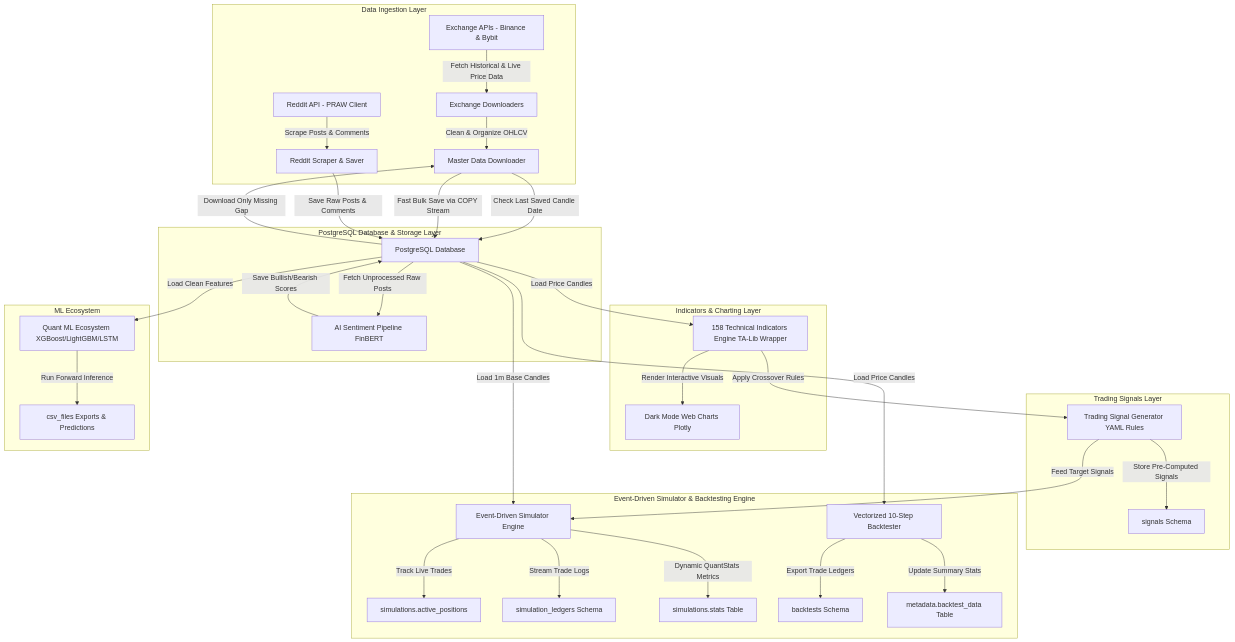
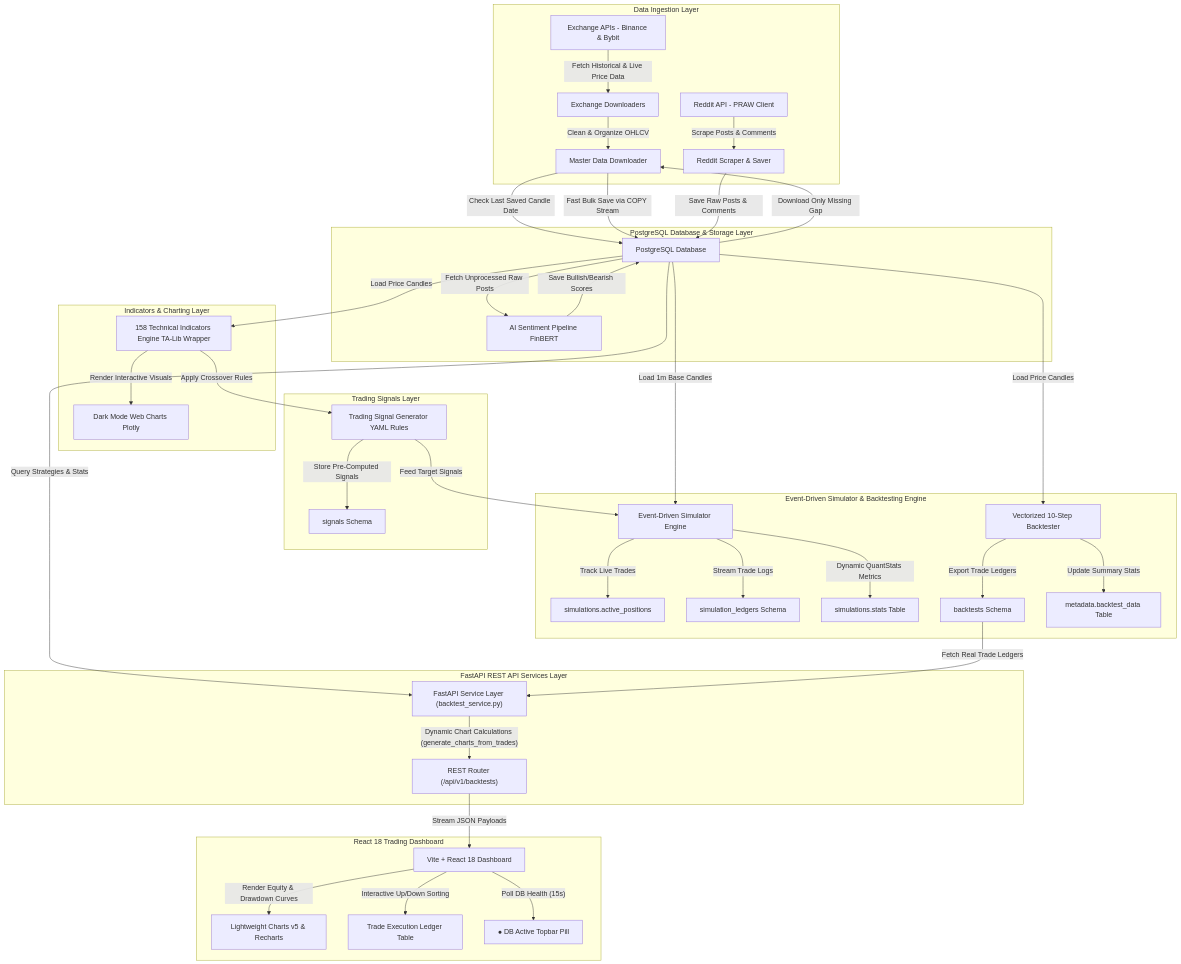
The diagram in README.md (21Afnan/cryptosight), drawn with Mermaid before and after one commit. The commit also changed other lines of this file and 1 other file, not shown here.

````diff
--- a/README.md
+++ b/README.md
@@ -50,45 +52,53 @@
 ```mermaid
 graph TD
     subgraph Data_Ingestion["Data Ingestion Layer"]
         API["Exchange APIs - Binance & Bybit"] -->|"Fetch Historical & Live Price Data"| Fetcher["Exchange Downloaders"]
         Fetcher -->|"Clean & Organize OHLCV"| Facade["Master Data Downloader"]
         Reddit["Reddit API - PRAW Client"] -->|"Scrape Posts & Comments"| RedditScraper["Reddit Scraper & Saver"]
     end
 
     subgraph Database_Layer["PostgreSQL Database & Storage Layer"]
         Facade -->|"Check Last Saved Candle Date"| SQL_Check["PostgreSQL Database"]
         SQL_Check -->|"Download Only Missing Gap"| Facade
         Facade -->|"Fast Bulk Save via COPY Stream"| SQL_Check
         
         RedditScraper -->|"Save Raw Posts & Comments"| SQL_Check
         SQL_Check -->|"Fetch Unprocessed Raw Posts"| AI_Sentiment["AI Sentiment Pipeline FinBERT"]
         AI_Sentiment -->|"Save Bullish/Bearish Scores"| SQL_Check
     end
 
     subgraph Indicators_Layer["Indicators & Charting Layer"]
         SQL_Check -->|"Load Price Candles"| Engine["158 Technical Indicators Engine TA-Lib Wrapper"]
         Engine -->|"Render Interactive Visuals"| Dashboard["Dark Mode Web Charts Plotly"]
     end
 
     subgraph Signals_Layer["Trading Signals Layer"]
         Engine -->|"Apply Crossover Rules"| Signals["Trading Signal Generator YAML Rules"]
         Signals -->|"Store Pre-Computed Signals"| SQL_Signals["signals Schema"]
     end
 
     subgraph Simulation_Layer["Event-Driven Simulator & Backtesting Engine"]
         SQL_Check -->|"Load 1m Base Candles"| Simulator["Event-Driven Simulator Engine"]
         Signals -->|"Feed Target Signals"| Simulator
         Simulator -->|"Track Live Trades"| ActivePos["simulations.active_positions"]
         Simulator -->|"Stream Trade Logs"| Ledgers["simulation_ledgers Schema"]
         Simulator -->|"Dynamic QuantStats Metrics"| StatsTable["simulations.stats Table"]
         
         SQL_Check -->|"Load Price Candles"| Backtester["Vectorized 10-Step Backtester"]
         Backtester -->|"Export Trade Ledgers"| SQL_Backtests["backtests Schema"]
         Backtester -->|"Update Summary Stats"| SQL_BacktestData["metadata.backtest_data Table"]
     end
 
-    subgraph Machine_Learning_Layer["ML Ecosystem"]
-        SQL_Check -->|"Load Clean Features"| ML_Engine["Quant ML Ecosystem XGBoost/LightGBM/LSTM"]
-        ML_Engine -->|"Run Forward Inference"| ML_Predictions["csv_files Exports & Predictions"]
+    subgraph Backend_Services_Layer["FastAPI REST API Services Layer"]
+        SQL_Check -->|"Query Strategies & Stats"| FastAPI["FastAPI Service Layer (backtest_service.py)"]
+        SQL_Backtests -->|"Fetch Real Trade Ledgers"| FastAPI
+        FastAPI -->|"Dynamic Chart Calculations (generate_charts_from_trades)"| API_Routes["REST Router (/api/v1/backtests)"]
+    end
+
+    subgraph Frontend_Dashboard_Layer["React 18 Trading Dashboard"]
+        API_Routes -->|"Stream JSON Payloads"| ReactApp["Vite + React 18 Dashboard"]
+        ReactApp -->|"Render Equity & Drawdown Curves"| LightweightCharts["Lightweight Charts v5 & Recharts"]
+        ReactApp -->|"Interactive Up/Down Sorting"| TradeLedgerTable["Trade Execution Ledger Table"]
+        ReactApp -->|"Poll DB Health (15s)"| DBStatusChip["● DB Active Topbar Pill"]
     end
 ```
````
